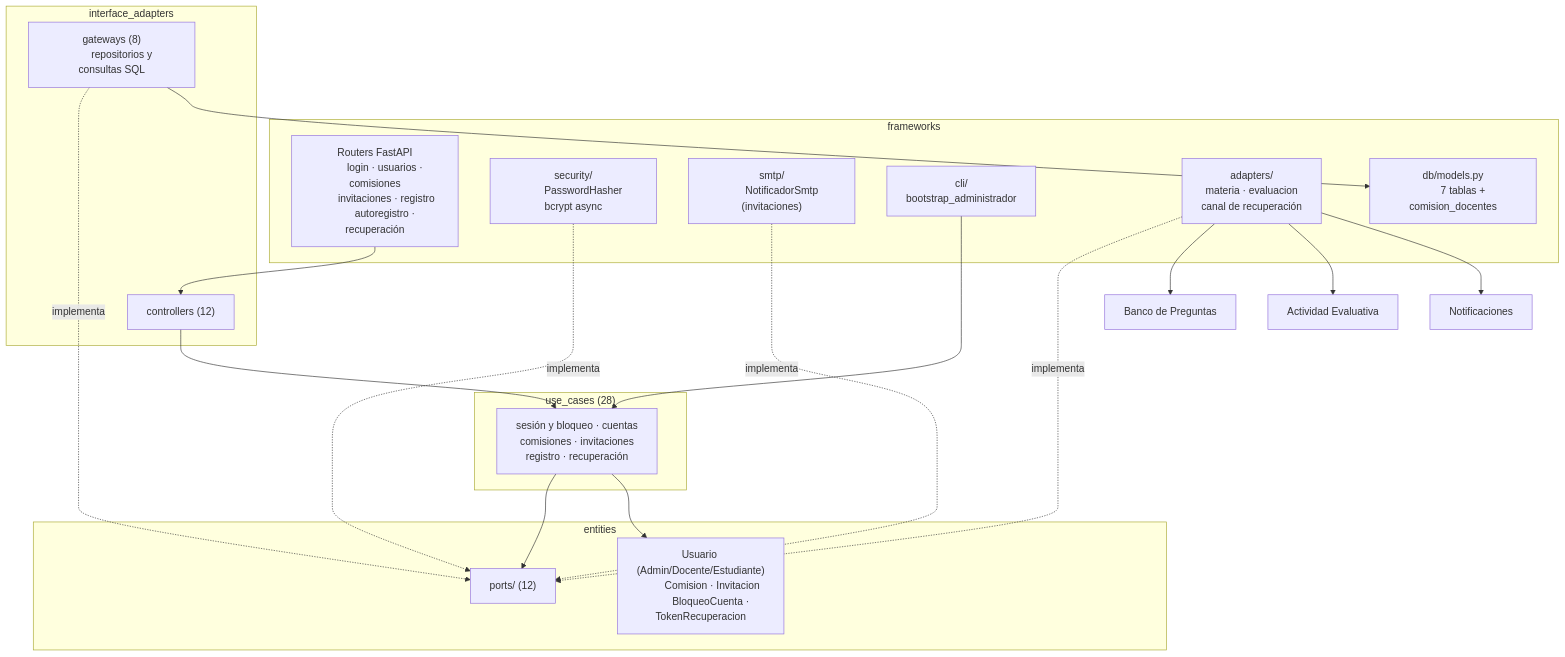
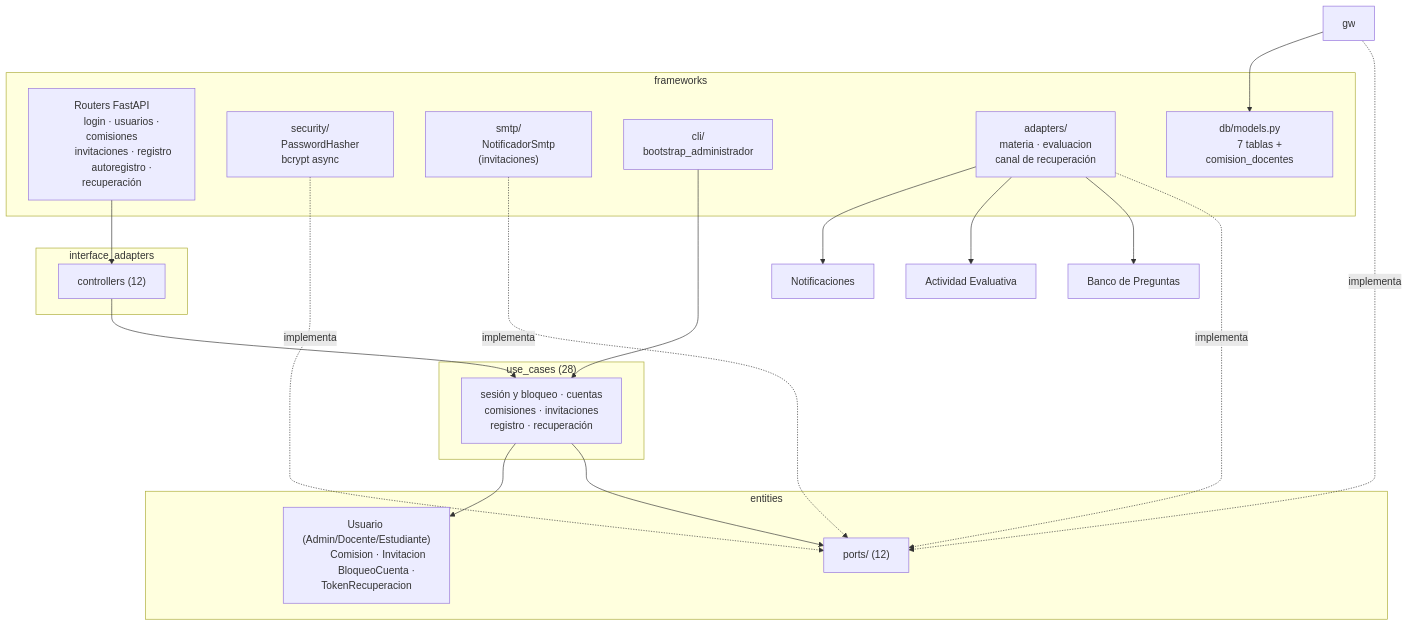
One commit to vvalotto/cognion changed the diagram in docs/architecture/10-componentes-identidad.md. Above: the diagram before and after it, drawn with Mermaid. The commit also changed other lines of this file and 31 other files, not shown here.

````diff
--- a/docs/architecture/10-componentes-identidad.md
+++ b/docs/architecture/10-componentes-identidad.md
@@ -21,51 +21,49 @@
 ```mermaid
 flowchart TB
     subgraph fw["frameworks"]
         r["Routers FastAPI
         login · usuarios · comisiones
         invitaciones · registro
         autoregistro · recuperación"]
         sec["security/
         PasswordHasher bcrypt async"]
         smtp["smtp/
         NotificadorSmtp (invitaciones)"]
         cli["cli/
         bootstrap_administrador"]
         ad["adapters/
         materia · evaluacion
         canal de recuperación"]
         db["db/models.py
         7 tablas + comision_docentes"]
     end
     subgraph ia["interface_adapters"]
         ctl["controllers (12)"]
-        gw["gateways (8)
-        repositorios y consultas SQL"]
     end
     subgraph uc["use_cases (28)"]
         u["sesión y bloqueo · cuentas
         comisiones · invitaciones
         registro · recuperación"]
     end
     subgraph en["entities"]
         e["Usuario (Admin/Docente/Estudiante)
         Comision · Invitacion
         BloqueoCuenta · TokenRecuperacion"]
         p["ports/ (12)"]
     end
     banco["Banco de Preguntas"]
     act["Actividad Evaluativa"]
     notif["Notificaciones"]
 
     r --> ctl --> u --> p
     u --> e
     gw -. implementa .-> p
     sec -. implementa .-> p
     smtp -. implementa .-> p
     ad -. implementa .-> p
     gw --> db
     cli --> u
     ad --> banco
     ad --> act
     ad --> notif
 ```
````
